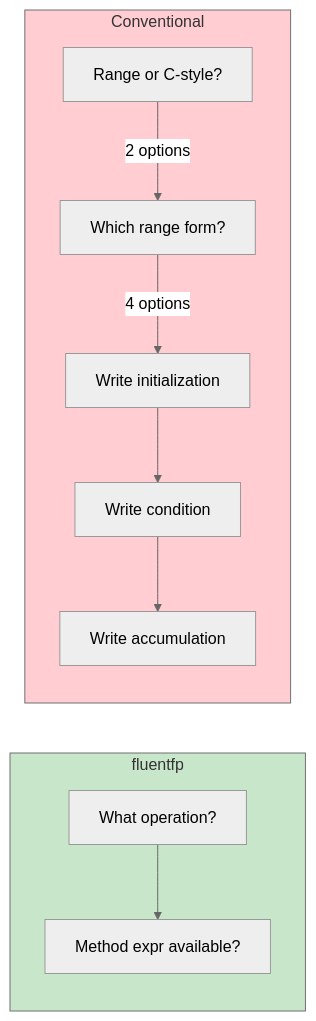
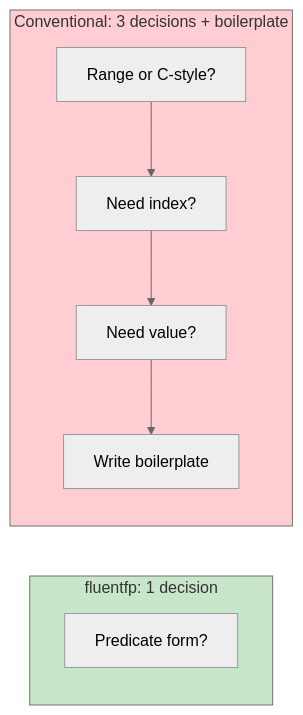
Before and after one commit to binaryphile/fluentfp: the third of 4 diagrams in analysis.md, drawn with Mermaid (neutral theme). The commit also changed other lines of this file, not shown here.

````diff
--- a/analysis.md
+++ b/analysis.md
@@ -62,16 +64,15 @@
 ```mermaid
 flowchart LR
-    subgraph fluentfp["fluentfp"]
-        F1["What operation?"] --> F2["Method expr available?"]
+    subgraph fluentfp["fluentfp: 1 decision"]
+        F1["Predicate form?"]
     end
 
-    subgraph Conventional["Conventional"]
-        C1["Range or C-style?"] -->|"2 options"| C2["Which range form?"]
-        C2 -->|"4 options"| C3["Write initialization"]
-        C3 --> C4["Write condition"]
-        C4 --> C5["Write accumulation"]
+    subgraph Conventional["Conventional: 3 decisions + boilerplate"]
+        C1["Range or C-style?"] --> C2["Need index?"]
+        C2 --> C3["Need value?"]
+        C3 --> C4["Write boilerplate"]
     end
 
     style fluentfp fill:#c8e6c9
     style Conventional fill:#ffcdd2
 ```
````
